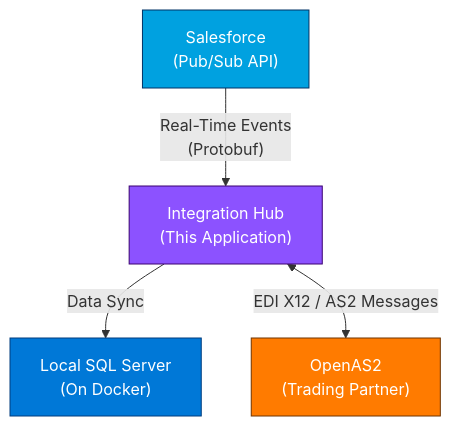
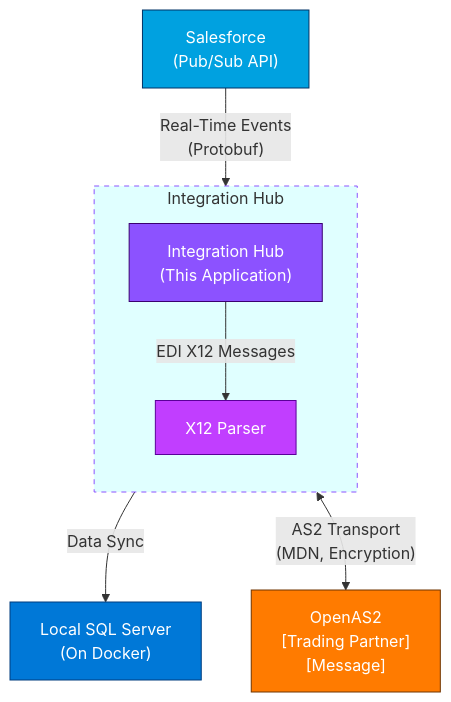
The first of 2 diagrams in README.md (apeiris/SalesforceCdcEdiHub), drawn with Mermaid before and after one commit. The commit also changed other lines of this file and 11 other files, not shown here.

````diff
--- a/README.md
+++ b/README.md
@@ -20,15 +20,31 @@
 ```mermaid
 flowchart TD
     SF["Salesforce<br/>(Pub/Sub API)"]
     HUB["Integration Hub<br/>(This Application)"]
+    X12["X12 Parser"]
     SQL["Local SQL Server<br/>(On Docker)"]
-    AS2["OpenAS2<br/>(Trading Partner)"]
+    AS2["OpenAS2<br>[Trading Partner]<br>[Message]"]
 
-    SF -->|"Real-Time Events\n(Protobuf)"| HUB
+    %% Hub + X12 are inside the subgraph
+    subgraph hub_container ["Integration Hub"]
+        direction TB
+        HUB
+        X12
+    end
+
+    SF -->|"Real-Time Events<br>(Protobuf)"| HUB
     HUB -->|Data Sync| SQL
-    HUB <-->|"EDI X12 / AS2 Messages"| AS2
-    style SF   fill:#00A1E0,stroke:#036,stroke-width:1px,color:#fff
-    style HUB  fill:#8C52FF,stroke:#3A0070,stroke-width:1px,color:#fff
-    style SQL  fill:#0078D7,stroke:#003C7E,stroke-width:1px,color:#fff
-    style AS2  fill:#FF7B00,stroke:#703500,stroke-width:1px,color:#fff
+    HUB -->|"EDI X12 Messages"| X12
+    X12 <-->|"AS2 Transport<br>(MDN, Encryption)"| AS2
+
+    %% ---- Styles -------------------------------------------------
+    style SF fill:#00A1E0,stroke:#036,stroke-width:1px,color:#fff
+    style HUB fill:#8C52FF,stroke:#3A0070,stroke-width:1px,color:#fff
+    style X12 fill:#C13EFF,stroke:#5A0099,stroke-width:1px,color:#fff
+    style SQL fill:#0078D7,stroke:#003C7E,stroke-width:1px,color:#fff
+    style AS2 fill:#FF7B00,stroke:#703500,stroke-width:1px,color:#fff
+
+    %% Light-blue background for the whole Hub container
+    style hub_container fill:lightcyan,stroke:#8C52FF,stroke-dasharray: 5 5    
+
 ```
````
